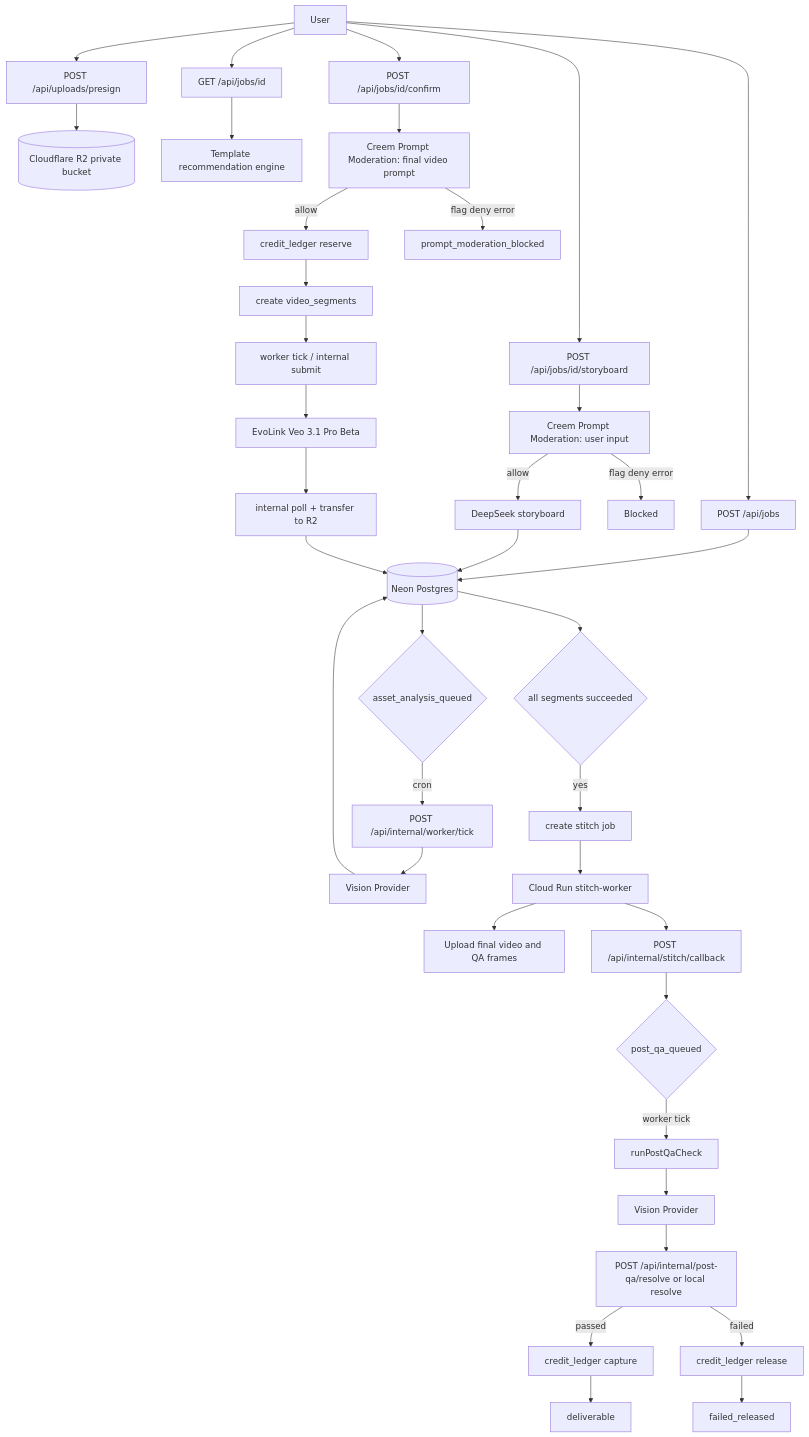
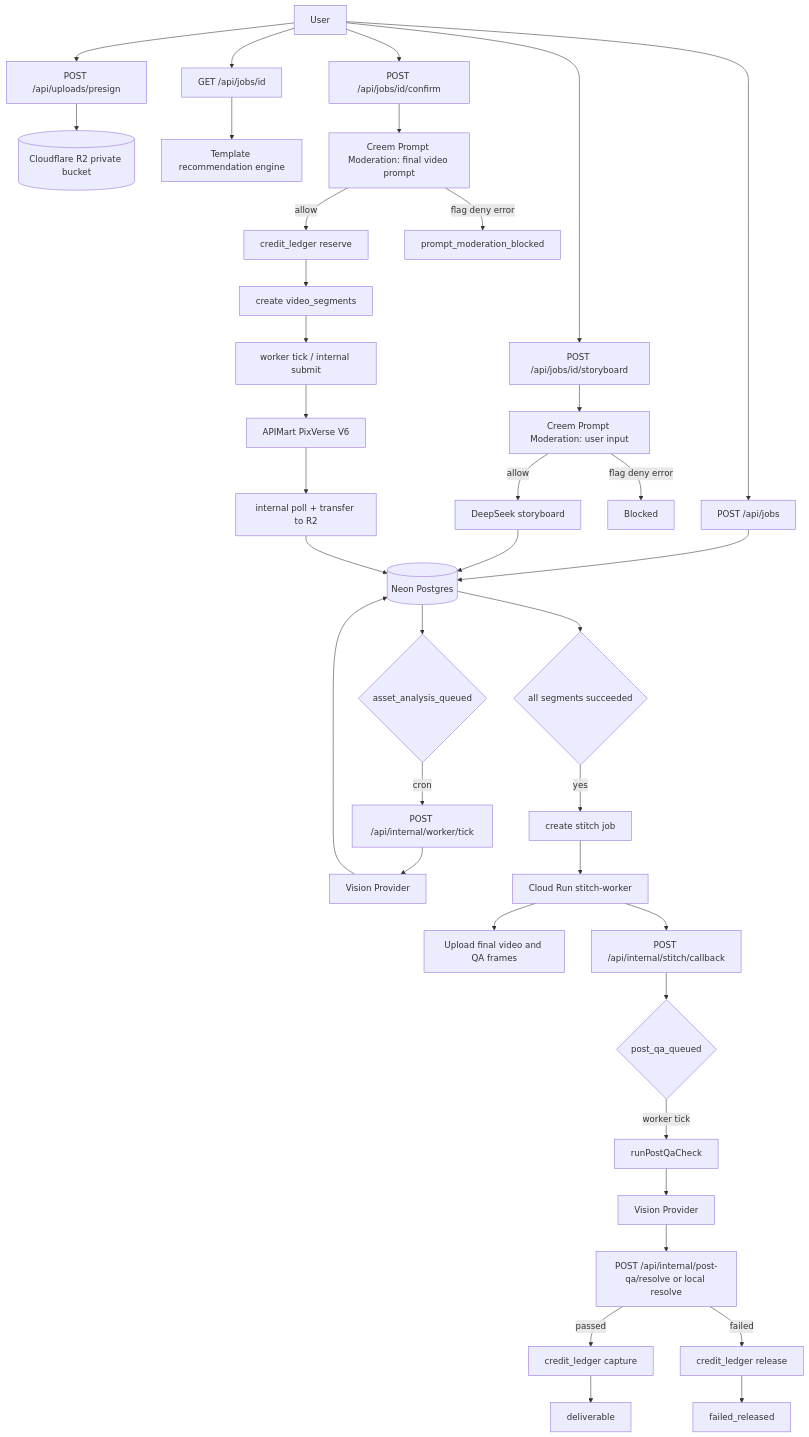
One commit to Hamer-2014/A_AIClothesVideo changed the first of 3 diagrams in docs/API_FLOW.md. Above: the diagram before and after it, drawn with Mermaid. The commit also changed other lines of this file and 14 other files, not shown here.

````diff
--- a/docs/API_FLOW.md
+++ b/docs/API_FLOW.md
@@ -71,40 +71,40 @@
 ```mermaid
 flowchart TD
   U[User] --> A[POST /api/uploads/presign]
   A --> R2[(Cloudflare R2 private bucket)]
   U --> B[POST /api/jobs]
   B --> DB[(Neon Postgres)]
   DB --> C{asset_analysis_queued}
   C -->|cron| T[POST /api/internal/worker/tick]
   T --> V[Vision Provider]
   V --> DB
   U --> D[GET /api/jobs/id]
   D --> REC[Template recommendation engine]
   U --> E[POST /api/jobs/id/storyboard]
   E --> M1[Creem Prompt Moderation: user input]
   M1 -->|allow| DS[DeepSeek storyboard]
   M1 -->|flag deny error| BLOCK1[Blocked]
   DS --> DB
   U --> F[POST /api/jobs/id/confirm]
   F --> M2[Creem Prompt Moderation: final video prompt]
   M2 -->|allow| CR[credit_ledger reserve]
   M2 -->|flag deny error| BLOCK2[prompt_moderation_blocked]
   CR --> SEG[create video_segments]
   SEG --> T2[worker tick / internal submit]
-  T2 --> EV[EvoLink Veo 3.1 Pro Beta]
+  T2 --> EV[APIMart PixVerse V6]
   EV --> P[internal poll + transfer to R2]
   P --> DB
   DB --> I{all segments succeeded}
   I -->|yes| J[create stitch job]
   J --> CW[Cloud Run stitch-worker]
   CW --> R2F[Upload final video and QA frames]
   CW --> K[POST /api/internal/stitch/callback]
   K --> Q{post_qa_queued}
   Q -->|worker tick| QA[runPostQaCheck]
   QA --> VIS[Vision Provider]
   VIS --> RES[POST /api/internal/post-qa/resolve or local resolve]
   RES -->|passed| CAP[credit_ledger capture]
   RES -->|failed| REL[credit_ledger release]
   CAP --> DONE[deliverable]
   REL --> FAIL[failed_released]
 ```
````
